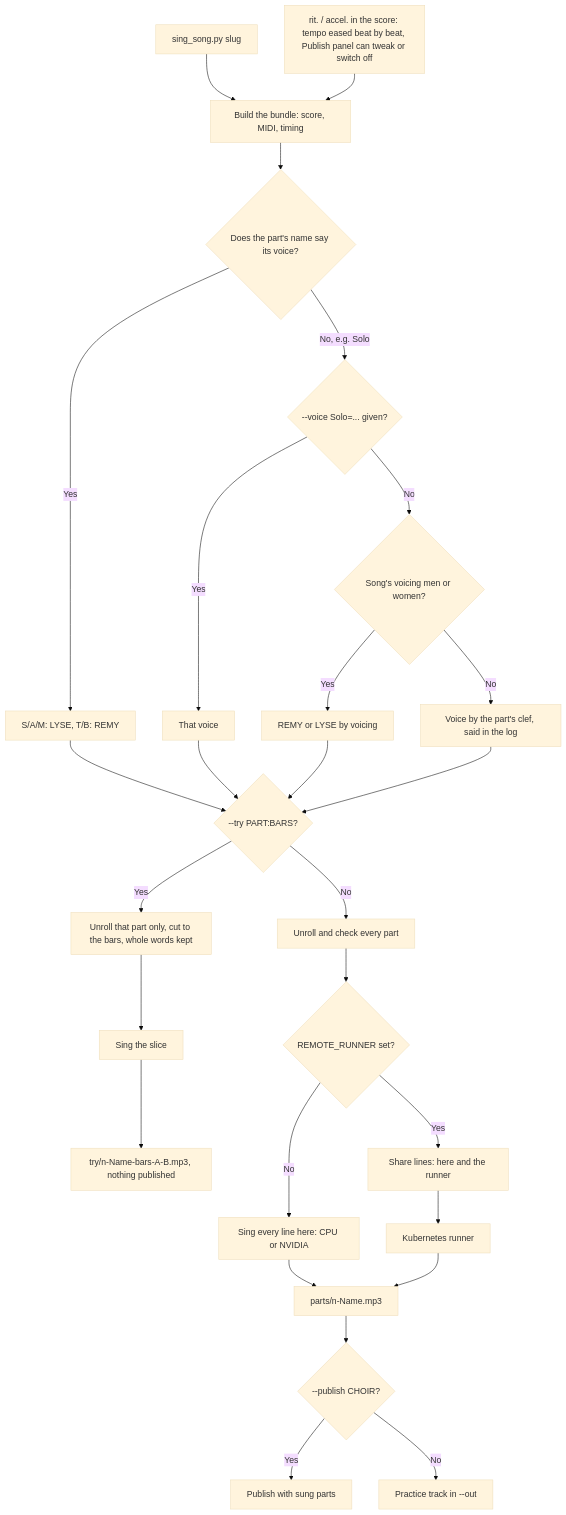
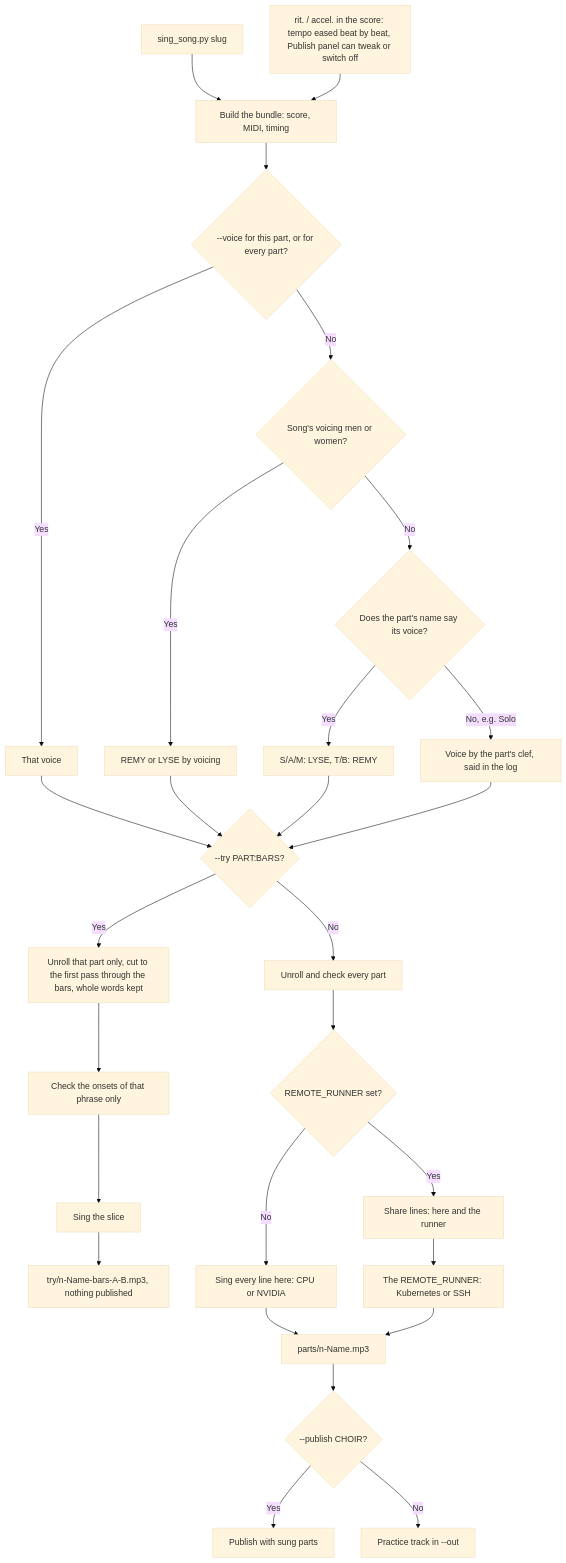
One commit to eerovil/musescore-choir-plugins changed the diagram in docs/diagrams/singing-run.md. Above: the diagram before and after it, drawn with Mermaid (base theme). The commit also changed other lines of this file and 6 other files, not shown here.

First line of the commit message:
Review fixes: mark inside a held note, first pass for --try, clearer --voice

````diff
--- a/docs/diagrams/singing-run.md
+++ b/docs/diagrams/singing-run.md
@@ -8,34 +8,35 @@
 ```mermaid
 flowchart TD
     start[sing_song.py slug] --> bundle[Build the bundle: score, MIDI, timing]
     rit[rit. / accel. in the score: tempo eased beat by beat, Publish panel can tweak or switch off] --> bundle
-    bundle --> voice{Does the part's name say its voice?}
-    voice -- Yes --> named[S/A/M: LYSE, T/B: REMY]
-    voice -- No, e.g. Solo --> override{--voice Solo=... given?}
+    bundle --> override{--voice for this part, or for every part?}
     override -- Yes --> given[That voice]
     override -- No --> voicing{Song's voicing men or women?}
     voicing -- Yes --> byvoicing[REMY or LYSE by voicing]
-    voicing -- No --> clef[Voice by the part's clef, said in the log]
+    voicing -- No --> voice{Does the part's name say its voice?}
+    voice -- Yes --> named[S/A/M: LYSE, T/B: REMY]
+    voice -- No, e.g. Solo --> clef[Voice by the part's clef, said in the log]
     named --> trial{--try PART:BARS?}
     given --> trial
     byvoicing --> trial
     clef --> trial
-    trial -- Yes --> slice[Unroll that part only, cut to the bars, whole words kept]
-    slice --> singtry[Sing the slice]
+    trial -- Yes --> slice[Unroll that part only, cut to the first pass through the bars, whole words kept]
+    slice --> checktry[Check the onsets of that phrase only]
+    checktry --> singtry[Sing the slice]
     singtry --> tryfile[try/n-Name-bars-A-B.mp3, nothing published]
     trial -- No --> all[Unroll and check every part]
     all --> where{REMOTE_RUNNER set?}
     where -- No --> here[Sing every line here: CPU or NVIDIA]
     where -- Yes --> both[Share lines: here and the runner]
-    both --> runner[Kubernetes runner]
+    both --> runner[The REMOTE_RUNNER: Kubernetes or SSH]
     here --> mp3[parts/n-Name.mp3]
     runner --> mp3
     mp3 --> pub{--publish CHOIR?}
     pub -- Yes --> site[Publish with sung parts]
     pub -- No --> done[Practice track in --out]
 
-    class rit,clef,override,given,slice,singtry,tryfile amber
+    class rit,clef,given,slice,checktry,singtry,tryfile amber
     class named,byvoicing,all,here,both,runner,mp3 blue
     class site teal
-    class trial,voice,voicing,where,pub violet
+    class trial,override,voice,voicing,where,pub violet
 ```
````
